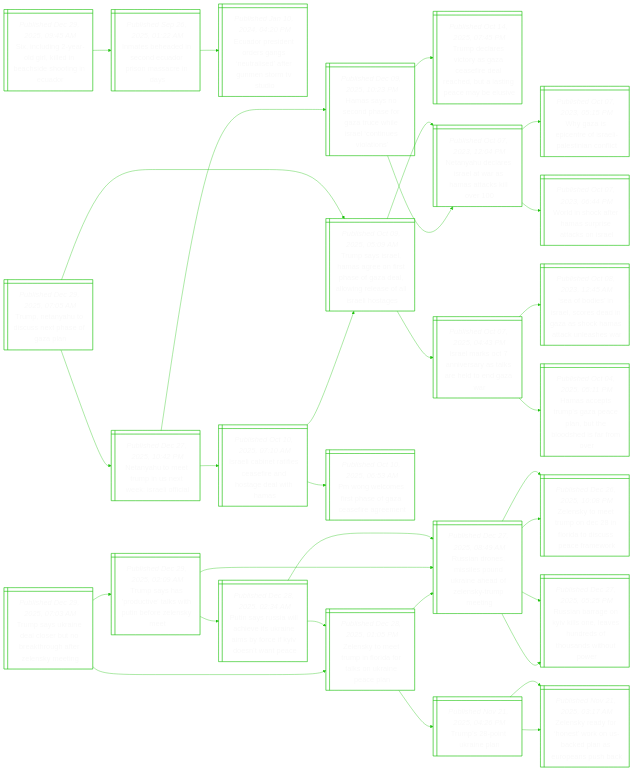
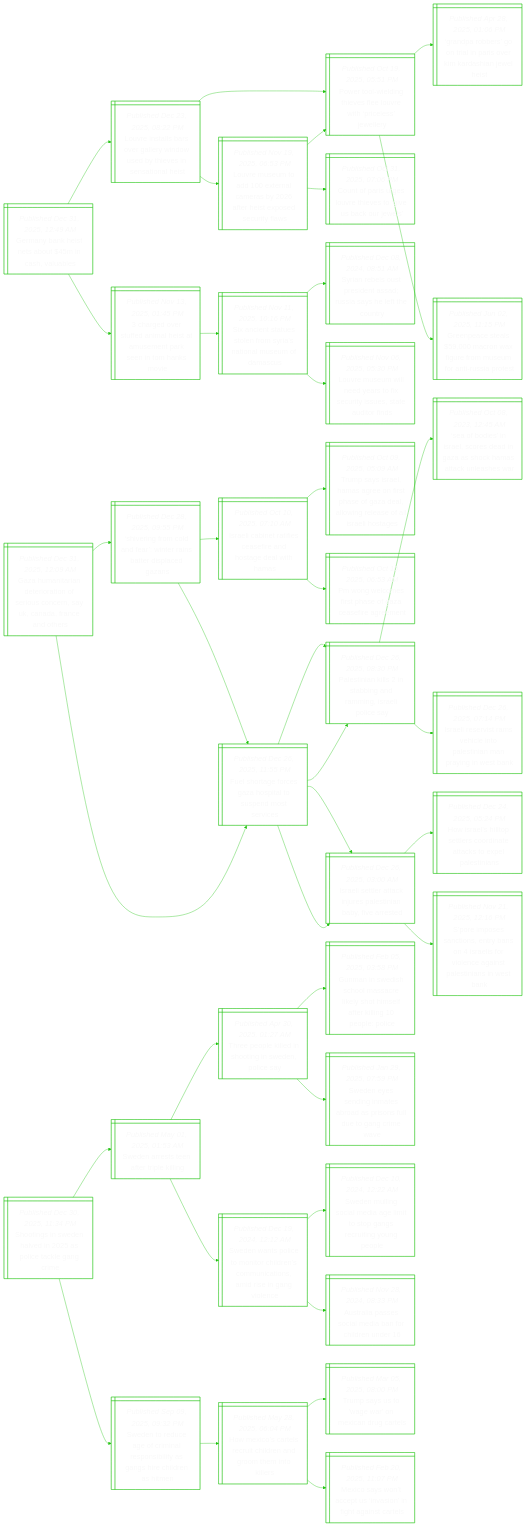
The diagram in README.md (notJmes/notJmes), drawn with Mermaid before and after one commit. The commit also changed other lines of this file, not shown here.

````diff
--- a/README.md
+++ b/README.md
@@ -16,106 +16,124 @@
 flowchart LR
 classDef txtsize font-size:20px;
 
-ScnrilnhsiEo@{ shape: win-pane, label: "_Published Dec 29, 2025, 09:45 AM_
-Six, including 2-year-old girl, killed in beachside shooting in ecuador" }
-Ieeioupnan@{ shape: win-pane, label: "_Published Sep 26, 2025, 01:22 AM_
-Inmates beheaded in second ecuador prison massacre in days" }
-EostrgtstntVi@{ shape: win-pane, label: "_Published Jan 10, 2024, 04:20 PM_
-Ecuador president orders gangs ‘neutralised’ after gunmen storm tv studio" }
+Gnktamsus@{ shape: win-pane, label: "_Published Dec 31, 2025, 12:49 AM_
+Germany bank heist nets about $45m in cash, valuables" }
+Leaaeliuyvstlt@{ shape: win-pane, label: "_Published Dec 23, 2025, 08:22 PM_
+Louvre installs bars over gallery window used by thieves in sensational heist" }
+Ptineluiisey@{ shape: win-pane, label: "_Published Oct 19, 2025, 05:51 PM_
+Power tool-wielding thieves flee louvre with ‘priceless’ jewellery" }
+GpboiPoidaes@{ shape: win-pane, label: "_Published Apr 28, 2025, 01:06 PM_
+‘grandpa robbers’ go on trial in paris over kim kardashian jewel heist" }
+Gpssofemmnsrt@{ shape: win-pane, label: "_Published Jun 02, 2025, 11:15 PM_
+Greenpeace steals $59,000 macron wax figure from museum for anti-russia protest" }
+Leudecafexdrl@{ shape: win-pane, label: "_Published Nov 19, 2025, 06:53 PM_
+Louvre museum to add 100 external cameras by 2026 after heist exposed security flaws" }
+Ptineluiisey@{ shape: win-pane, label: "_Published Oct 19, 2025, 05:51 PM_
+Power tool-wielding thieves flee louvre with ‘priceless’ jewellery" }
+Coievitecjs@{ shape: win-pane, label: "_Published Oct 31, 2025, 07:06 PM_
+Count of paris urges louvre thieves to ‘give us back our jewels’" }
+cerfietepeTnv@{ shape: win-pane, label: "_Published Nov 13, 2025, 01:45 PM_
+3 charged over stuffed animal heist at amusement park seen in tom hanks movie" }
+Scseloitluau@{ shape: win-pane, label: "_Published Nov 11, 2025, 10:16 PM_
+Six ancient statues stolen from syria’s national museum of damascus" }
+SnltiARahtoy@{ shape: win-pane, label: "_Published Dec 08, 2024, 08:51 AM_
+Syrian rebels oust president assad; russia says he left the country" }
+Leulytsisturs@{ shape: win-pane, label: "_Published Nov 06, 2025, 05:30 PM_
+Louvre museum will need years to fix security issues, state auditor finds" }
 
-ScnrilnhsiEo:::txtsize --> Ieeioupnan:::txtsize
-Ieeioupnan:::txtsize --> EostrgtstntVi:::txtsize
+Gnktamsus:::txtsize --> Leaaeliuyvstlt:::txtsize
+Leaaeliuyvstlt:::txtsize --> Ptineluiisey:::txtsize
+Ptineluiisey:::txtsize --> GpboiPoidaes:::txtsize
+Ptineluiisey:::txtsize --> Gpssofemmnsrt:::txtsize
+Leaaeliuyvstlt:::txtsize --> Leudecafexdrl:::txtsize
+Leudecafexdrl:::txtsize --> Ptineluiisey:::txtsize
+Leudecafexdrl:::txtsize --> Coievitecjs:::txtsize
+Gnktamsus:::txtsize --> cerfietepeTnv:::txtsize
+cerfietepeTnv:::txtsize --> Scseloitluau:::txtsize
+Scseloitluau:::txtsize --> SnltiARahtoy:::txtsize
+Scseloitluau:::txtsize --> Leulytsisturs:::txtsize
 
-TNyouxsaa@{ shape: win-pane, label: "_Published Dec 29, 2025, 07:05 AM_
-Trump, netanyahu to discuss next phase of gaza plan" }
-NyoTieeafa@{ shape: win-pane, label: "_Published Dec 27, 2025, 10:42 PM_
-Netanyahu to meet trump in us next week: israeli official" }
-HsonsGrhscnii@{ shape: win-pane, label: "_Published Dec 09, 2025, 10:23 PM_
-Hamas says no second phase for gaza truce while israel ‘continues violations’" }
-Tdrcaaededlncbs@{ shape: win-pane, label: "_Published Oct 14, 2025, 07:45 PM_
-Trump declares victory as gaza ceasefire deal reached, but a lasting peace may be elusive" }
-NyeeawHakl@{ shape: win-pane, label: "_Published Oct 07, 2023, 12:04 PM_
-Netanyahu declares israel at war as hamas attacks kill over 100" }
+GutnrtfonsCacos@{ shape: win-pane, label: "_Published Dec 31, 2025, 12:09 AM_
+Gaza humanitarian deterioration of serious concern, say uk, canada, france and others" }
+SrrlfirbrlGs@{ shape: win-pane, label: "_Published Dec 28, 2025, 09:55 PM_
+‘shivering from cold and fear’: winter rains batter displaced gazans" }
 Iliaeseoewa@{ shape: win-pane, label: "_Published Oct 10, 2025, 07:10 AM_
 Israeli cabinet ratifies ceasefire and hostage deal with hamas" }
 TssHaossaaorslaoe@{ shape: win-pane, label: "_Published Oct 09, 2025, 05:09 AM_
 Trump says israel, hamas agree on first phase of gaza deal, allowing release of all israeli hostages" }
 Pgoihfcfge@{ shape: win-pane, label: "_Published Oct 10, 2025, 06:53 AM_
 Pm wong welcomes first phase of gaza ceasefire agreement" }
-TssHaossaaorslaoe@{ shape: win-pane, label: "_Published Oct 09, 2025, 05:09 AM_
-Trump says israel, hamas agree on first phase of gaza deal, allowing release of all israeli hostages" }
-Ilsnrakhoar@{ shape: win-pane, label: "_Published Oct 07, 2025, 04:43 PM_
-Israel marks oct 7 anniversary as talks are held to end gaza war" }
+Fhgczptpors@{ shape: win-pane, label: "_Published Dec 26, 2025, 11:55 PM_
+Fuel shortage forces gaza hospital to suspend most services" }
+Ptnsagagela@{ shape: win-pane, label: "_Published Dec 26, 2025, 08:30 PM_
+Palestinian kills 2 in stabbing and ramming, israeli police say" }
+Ilttieeibes@{ shape: win-pane, label: "_Published Dec 26, 2025, 03:00 AM_
+Israeli settler attack injures palestinian baby, five arrested" }
+Fhgczptpors@{ shape: win-pane, label: "_Published Dec 26, 2025, 11:55 PM_
+Fuel shortage forces gaza hospital to suspend most services" }
+Ptnsagagela@{ shape: win-pane, label: "_Published Dec 26, 2025, 08:30 PM_
+Palestinian kills 2 in stabbing and ramming, israeli police say" }
 Sbsrcdnacaale@{ shape: win-pane, label: "_Published Oct 08, 2023, 12:45 AM_
 ‘sea of bodies’ in israel, scores dead in gaza as shock hamas attack unleashes war" }
-Hatmzcnhodro@{ shape: win-pane, label: "_Published Oct 04, 2025, 05:11 PM_
-Hamas accepts trump’s gaza peace plan, but the bloodshed is far from over" }
-NyeeawHakl@{ shape: win-pane, label: "_Published Oct 07, 2023, 12:04 PM_
-Netanyahu declares israel at war as hamas attacks kill over 100" }
-WzptIleint@{ shape: win-pane, label: "_Published Oct 07, 2023, 05:15 PM_
-Why gaza is epicentre of israeli-palestinian conflict" }
-Wiceapaks@{ shape: win-pane, label: "_Published Oct 07, 2023, 06:44 PM_
-World in shock after hamas surprise attacks on israel" }
+Iletvlosapnen@{ shape: win-pane, label: "_Published Dec 26, 2025, 07:14 PM_
+Israeli reservist rams vehicle into palestinian man praying in west bank" }
+Ilttieeibes@{ shape: win-pane, label: "_Published Dec 26, 2025, 03:00 AM_
+Israeli settler attack injures palestinian baby, five arrested" }
+Hrhotciakxais@{ shape: win-pane, label: "_Published Dec 24, 2025, 05:24 PM_
+How israel’s hilltop settlers coordinate attacks to expel palestinians" }
+Siecsyoafoenlnit@{ shape: win-pane, label: "_Published Nov 21, 2025, 12:16 PM_
+S’pore imposes sanctions, entry bans on 4 israelis for violence against palestinians in west bank" }
 
-TNyouxsaa:::txtsize --> NyoTieeafa:::txtsize
-NyoTieeafa:::txtsize --> HsonsGrhscnii:::txtsize
-HsonsGrhscnii:::txtsize --> Tdrcaaededlncbs:::txtsize
-HsonsGrhscnii:::txtsize --> NyeeawHakl:::txtsize
-NyoTieeafa:::txtsize --> Iliaeseoewa:::txtsize
+GutnrtfonsCacos:::txtsize --> SrrlfirbrlGs:::txtsize
+SrrlfirbrlGs:::txtsize --> Iliaeseoewa:::txtsize
 Iliaeseoewa:::txtsize --> TssHaossaaorslaoe:::txtsize
 Iliaeseoewa:::txtsize --> Pgoihfcfge:::txtsize
-TNyouxsaa:::txtsize --> TssHaossaaorslaoe:::txtsize
-TssHaossaaorslaoe:::txtsize --> Ilsnrakhoar:::txtsize
-Ilsnrakhoar:::txtsize --> Sbsrcdnacaale:::txtsize
-Ilsnrakhoar:::txtsize --> Hatmzcnhodro:::txtsize
-TssHaossaaorslaoe:::txtsize --> NyeeawHakl:::txtsize
-NyeeawHakl:::txtsize --> WzptIleint:::txtsize
-NyeeawHakl:::txtsize --> Wiceapaks:::txtsize
+SrrlfirbrlGs:::txtsize --> Fhgczptpors:::txtsize
+Fhgczptpors:::txtsize --> Ptnsagagela:::txtsize
+Fhgczptpors:::txtsize --> Ilttieeibes:::txtsize
+GutnrtfonsCacos:::txtsize --> Fhgczptpors:::txtsize
+Fhgczptpors:::txtsize --> Ptnsagagela:::txtsize
+Ptnsagagela:::txtsize --> Sbsrcdnacaale:::txtsize
+Ptnsagagela:::txtsize --> Iletvlosapnen:::txtsize
+Fhgczptpors:::txtsize --> Ilttieeibes:::txtsize
+Ilttieeibes:::txtsize --> Hrhotciakxais:::txtsize
+Ilttieeibes:::txtsize --> Siecsyoafoenlnit:::txtsize
 
-Tskecrokutlyi@{ shape: win-pane, label: "_Published Dec 29, 2025, 07:03 AM_
-Trump says ukraine deal closer but no breakthrough after zelensky meeting" }
-Zsmrnirsrpp@{ shape: win-pane, label: "_Published Dec 28, 2025, 01:05 PM_
-Zelensky to meet trump in florida for talks on ukraine peace plan" }
-RanssdieZsue@{ shape: win-pane, label: "_Published Dec 27, 2025, 08:49 AM_
-Russian drones, missiles pound ukraine ahead of zelensky-trump meeting" }
-Zsmrnnidscmk@{ shape: win-pane, label: "_Published Dec 26, 2025, 10:08 PM_
-Zelensky to meet trump on dec 28 in florida to discuss peace framework" }
-Rarnkoaudhntp@{ shape: win-pane, label: "_Published Dec 27, 2025, 05:25 PM_
-Russian barrage on kyiv kills one, leaves hundreds of thousands without power" }
-Tstia@{ shape: win-pane, label: "_Published Nov 21, 2025, 04:26 PM_
-Trump’s 28-point ukraine plan" }
-Zsarskbdaosb@{ shape: win-pane, label: "_Published Nov 21, 2025, 03:17 AM_
-Zelensky ready for ‘honest’ work on us-backed plan as europeans push back" }
-Zsarskbdaosb@{ shape: win-pane, label: "_Published Nov 21, 2025, 03:17 AM_
-Zelensky ready for ‘honest’ work on us-backed plan as europeans push back" }
-Tsadvkhnrem@{ shape: win-pane, label: "_Published Dec 29, 2025, 02:09 AM_
-Trump says has 'productive' talks with putin before zelensky meet" }
-RanssdieZsue@{ shape: win-pane, label: "_Published Dec 27, 2025, 08:49 AM_
-Russian drones, missiles pound ukraine ahead of zelensky-trump meeting" }
-Zsmrnnidscmk@{ shape: win-pane, label: "_Published Dec 26, 2025, 10:08 PM_
-Zelensky to meet trump on dec 28 in florida to discuss peace framework" }
-Rarnkoaudhntp@{ shape: win-pane, label: "_Published Dec 27, 2025, 05:25 PM_
-Russian barrage on kyiv kills one, leaves hundreds of thousands without power" }
-Psuwcekebcyeaa@{ shape: win-pane, label: "_Published Dec 28, 2025, 02:34 AM_
-Putin says russia will achieve its ukraine aims by force if kyiv doesn’t want peace" }
-RanssdieZsue@{ shape: win-pane, label: "_Published Dec 27, 2025, 08:49 AM_
-Russian drones, missiles pound ukraine ahead of zelensky-trump meeting" }
-Zsmrnirsrpp@{ shape: win-pane, label: "_Published Dec 28, 2025, 01:05 PM_
-Zelensky to meet trump in florida for talks on ukraine peace plan" }
+Sinevaicai@{ shape: win-pane, label: "_Published Dec 30, 2025, 11:34 PM_
+Shootings in sweden halved in 2025 as police tackle gang crime" }
+Snseepl@{ shape: win-pane, label: "_Published May 01, 2025, 01:53 AM_
+Sweden arrests teen after triple killing" }
+Tpeehnwpe@{ shape: win-pane, label: "_Published Apr 30, 2025, 01:27 AM_
+Three people killed in shooting in sweden, police say" }
+Gneslaisifrioo@{ shape: win-pane, label: "_Published Feb 05, 2025, 03:58 PM_
+Gunman in swedish school massacre likely shot himself after killing 10 people: police" }
+Snsnabasuenme@{ shape: win-pane, label: "_Published Jan 29, 2025, 07:59 PM_
+Sweden eyes sending inmates abroad as prisons full due to gang crime wave" }
+Snscordcnimsaoe@{ shape: win-pane, label: "_Published Dec 19, 2024, 12:12 AM_
+Sweden wants police to monitor children’s communications, amid rise in gang violence" }
+Snicegitnciuo@{ shape: win-pane, label: "_Published Dec 10, 2024, 12:22 AM_
+Sweden mulling social media age limit to stop gangs recruiting young people" }
+Aaaslaolu@{ shape: win-pane, label: "_Published Nov 28, 2024, 08:33 PM_
+Australia passes social media ban for children under 16" }
+Sndgrapbynrlam@{ shape: win-pane, label: "_Published Sep 09, 2025, 09:32 PM_
+Sweden to reduce age of criminal responsibility as gangs hire children as hitmen" }
+Hxclrhegtnl@{ shape: win-pane, label: "_Published May 28, 2025, 06:04 PM_
+How mexico’s cartels recruit children and groom them into killers" }
+TsSgoirr@{ shape: win-pane, label: "_Published Mar 05, 2025, 08:00 PM_
+Trump says us to 'wage war' on mexican drug cartels" }
+MowcUaihias@{ shape: win-pane, label: "_Published Feb 20, 2025, 11:07 PM_
+Mexico says won’t accept us ‘invasion’ in fight against cartels" }
 
-Tskecrokutlyi:::txtsize --> Zsmrnirsrpp:::txtsize
-Zsmrnirsrpp:::txtsize --> RanssdieZsue:::txtsize
-RanssdieZsue:::txtsize --> Zsmrnnidscmk:::txtsize
-RanssdieZsue:::txtsize --> Rarnkoaudhntp:::txtsize
-Zsmrnirsrpp:::txtsize --> Tstia:::txtsize
-Tstia:::txtsize --> Zsarskbdaosb:::txtsize
-Tstia:::txtsize --> Zsarskbdaosb:::txtsize
-Tskecrokutlyi:::txtsize --> Tsadvkhnrem:::txtsize
-Tsadvkhnrem:::txtsize --> RanssdieZsue:::txtsize
-RanssdieZsue:::txtsize --> Zsmrnnidscmk:::txtsize
-RanssdieZsue:::txtsize --> Rarnkoaudhntp:::txtsize
-Tsadvkhnrem:::txtsize --> Psuwcekebcyeaa:::txtsize
-Psuwcekebcyeaa:::txtsize --> RanssdieZsue:::txtsize
-Psuwcekebcyeaa:::txtsize --> Zsmrnirsrpp:::txtsize
+Sinevaicai:::txtsize --> Snseepl:::txtsize
+Snseepl:::txtsize --> Tpeehnwpe:::txtsize
+Tpeehnwpe:::txtsize --> Gneslaisifrioo:::txtsize
+Tpeehnwpe:::txtsize --> Snsnabasuenme:::txtsize
+Snseepl:::txtsize --> Snscordcnimsaoe:::txtsize
+Snscordcnimsaoe:::txtsize --> Snicegitnciuo:::txtsize
+Snscordcnimsaoe:::txtsize --> Aaaslaolu:::txtsize
+Sinevaicai:::txtsize --> Sndgrapbynrlam:::txtsize
+Sndgrapbynrlam:::txtsize --> Hxclrhegtnl:::txtsize
+Hxclrhegtnl:::txtsize --> TsSgoirr:::txtsize
+Hxclrhegtnl:::txtsize --> MowcUaihias:::txtsize
 
 ```
````
